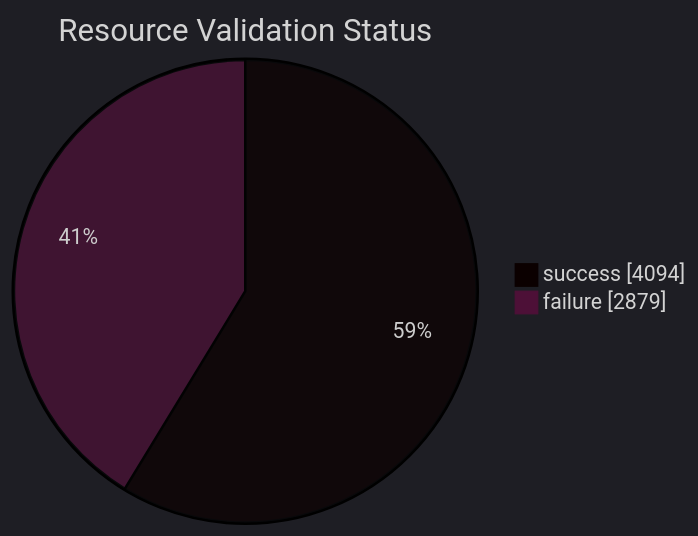
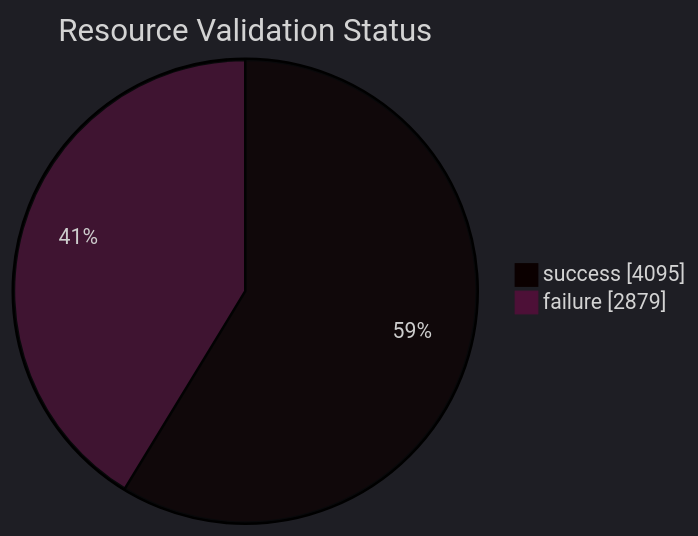
One commit to open-data/analytics-corporate-reporting changed the diagram in datastore_tracker/resource_validation_status_pie_chart.md. Above: the diagram before and after it, drawn with Mermaid. The commit also changed 11 other files, not shown here.

````diff
--- a/datastore_tracker/resource_validation_status_pie_chart.md
+++ b/datastore_tracker/resource_validation_status_pie_chart.md
@@ -2,9 +2,9 @@
 ```mermaid
 ---
 config:
   theme: dark
 ---
 pie showData title Resource Validation Status
-    "success": 4094
+    "success": 4095
     "failure": 2879
 ```
````
